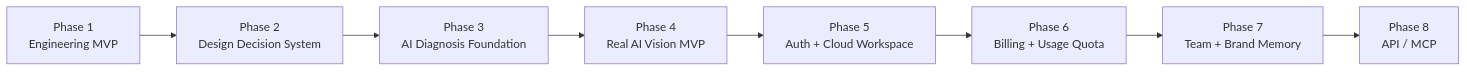
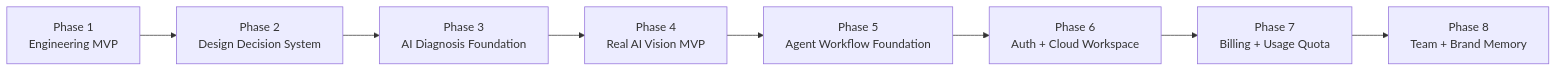
Before and after one commit to liuanye9-lab/vibe-design-translator: diagram 12 of 12 in README.md, drawn with Mermaid. The commit also changed other lines of this file and 33 other files, not shown here.

````diff
--- a/README.md
+++ b/README.md
@@ -661,10 +709,10 @@
 ```mermaid
 flowchart LR
     A[Phase 1<br/>Engineering MVP] --> B[Phase 2<br/>Design Decision System]
     B --> C[Phase 3<br/>AI Diagnosis Foundation]
     C --> D[Phase 4<br/>Real AI Vision MVP]
-    D --> E[Phase 5<br/>Auth + Cloud Workspace]
-    E --> F[Phase 6<br/>Billing + Usage Quota]
-    F --> G[Phase 7<br/>Team + Brand Memory]
-    G --> H[Phase 8<br/>API / MCP]
+    D --> E[Phase 5<br/>Agent Workflow Foundation]
+    E --> F[Phase 6<br/>Auth + Cloud Workspace]
+    F --> G[Phase 7<br/>Billing + Usage Quota]
+    G --> H[Phase 8<br/>Team + Brand Memory]
 ```
````
